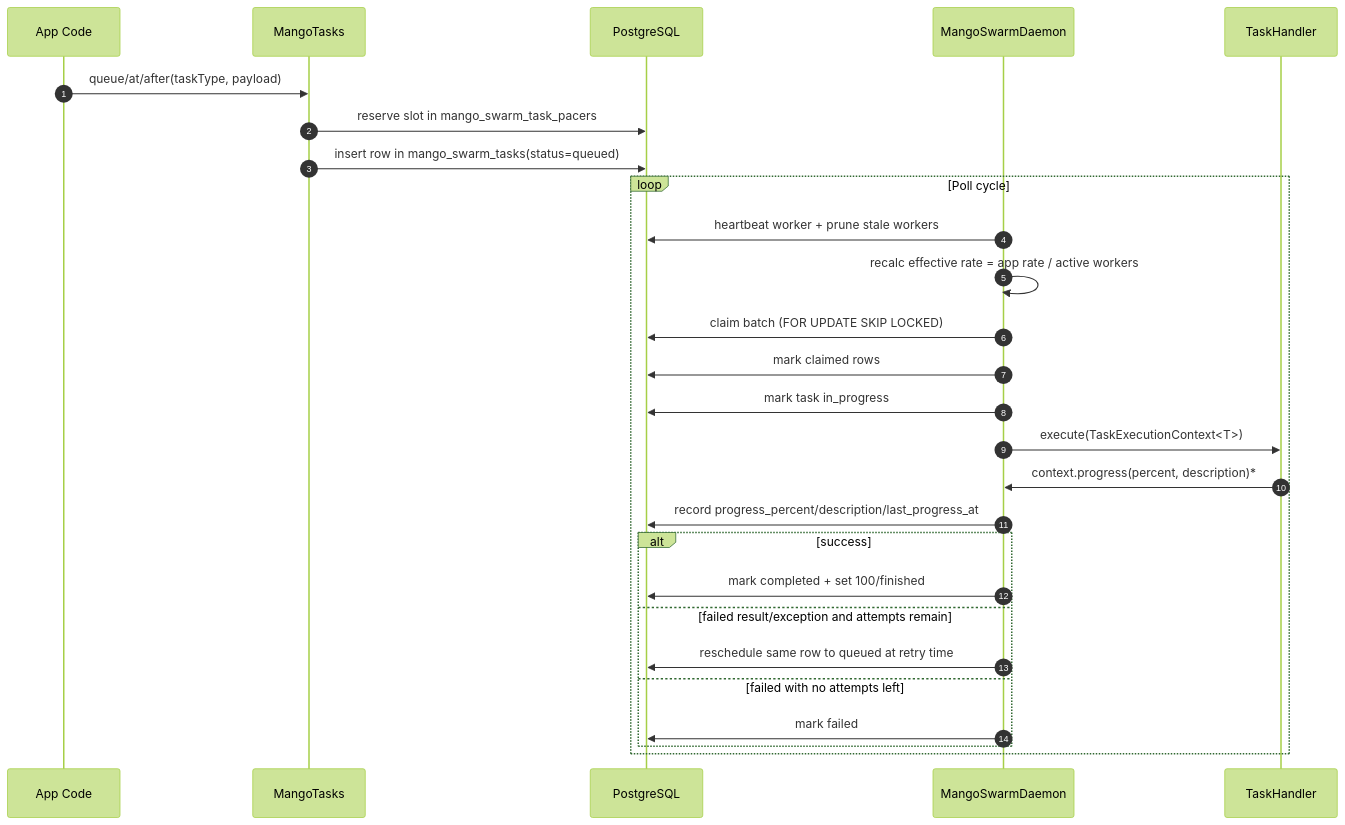
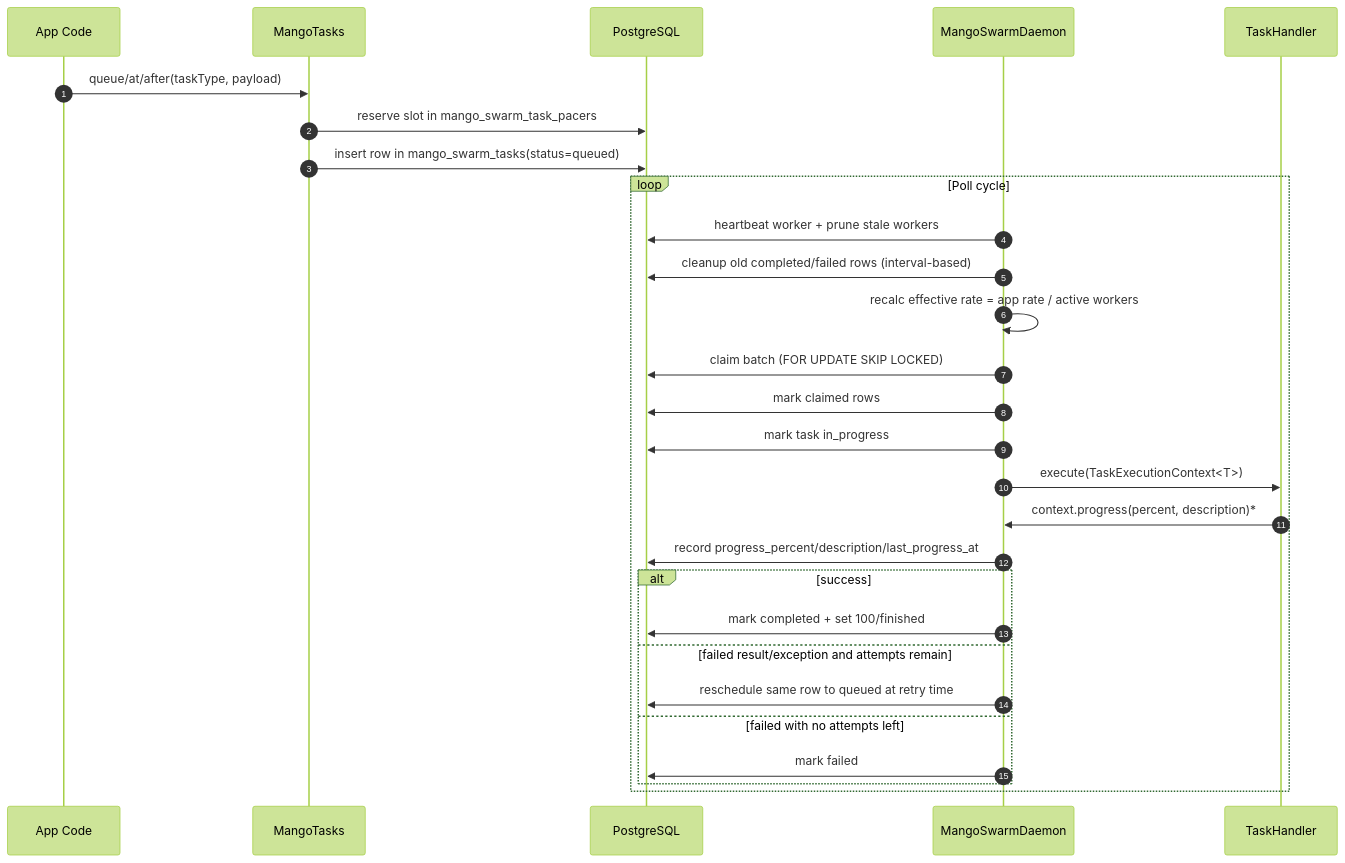
The first of 2 diagrams in documentation/how-mango-swarm-works.md (bitstep-ie/mango4j-swarm), drawn with Mermaid (forest theme) before and after one commit. The commit also changed other lines of this file and 1 other file, not shown here.

````diff
--- a/documentation/how-mango-swarm-works.md
+++ b/documentation/how-mango-swarm-works.md
@@ -42,31 +42,32 @@
 ```mermaid
 sequenceDiagram
     autonumber
     participant App as App Code
     participant API as MangoTasks
     participant DB as PostgreSQL
     participant D as MangoSwarmDaemon
     participant H as TaskHandler
 
     App->>API: queue/at/after(taskType, payload)
     API->>DB: reserve slot in mango_swarm_task_pacers
     API->>DB: insert row in mango_swarm_tasks(status=queued)
 
     loop Poll cycle
         D->>DB: heartbeat worker + prune stale workers
+        D->>DB: cleanup old completed/failed rows (interval-based)
         D->>D: recalc effective rate = app rate / active workers
         D->>DB: claim batch (FOR UPDATE SKIP LOCKED)
         D->>DB: mark claimed rows
         D->>DB: mark task in_progress
         D->>H: execute(TaskExecutionContext<T>)
         H->>D: context.progress(percent, description)*
         D->>DB: record progress_percent/description/last_progress_at
         alt success
             D->>DB: mark completed + set 100/finished
         else failed result/exception and attempts remain
             D->>DB: reschedule same row to queued at retry time
         else failed with no attempts left
             D->>DB: mark failed
         end
     end
 ```
````
